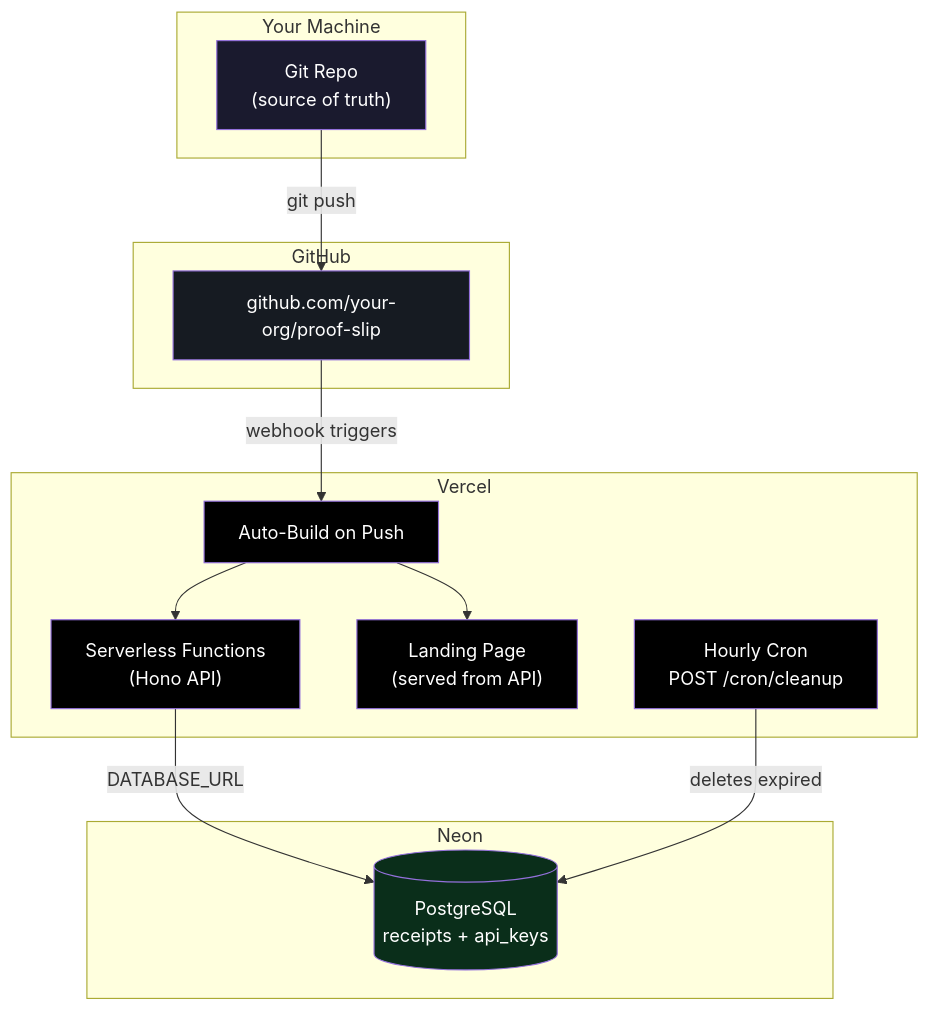
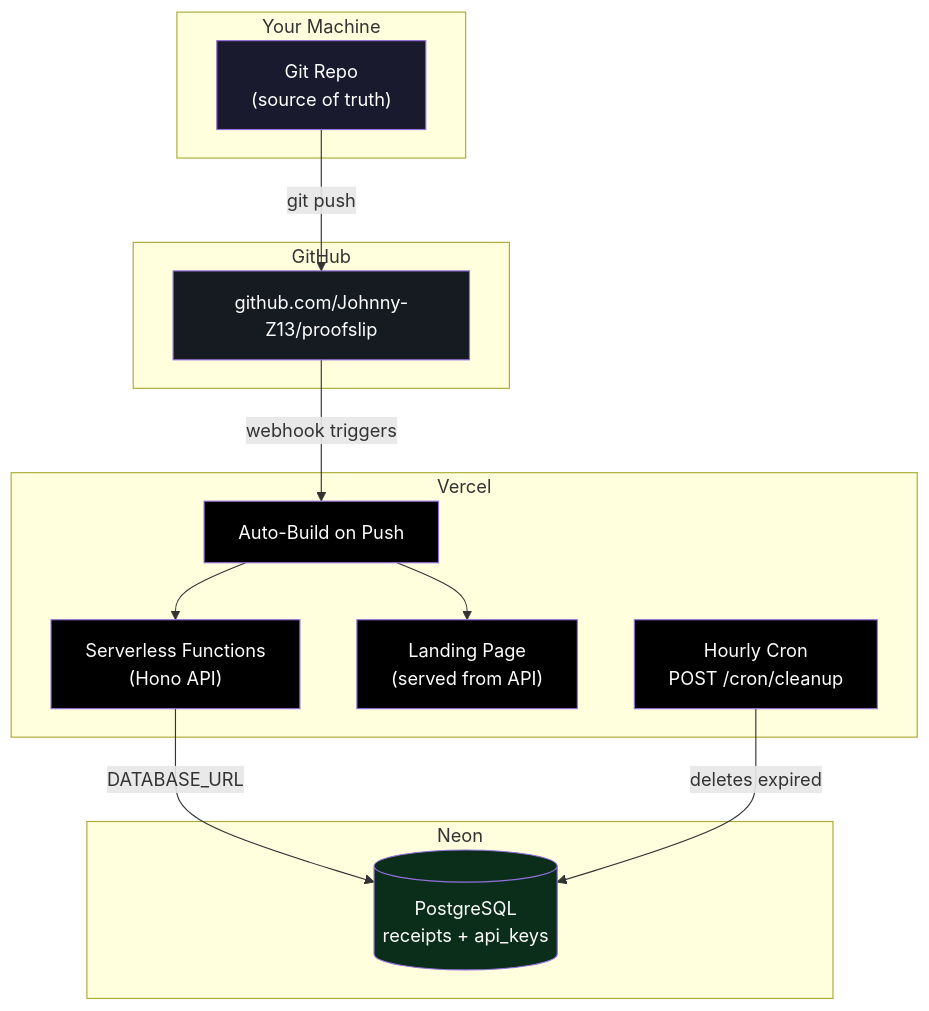
One commit to Johnny-Z13/proofslip changed the first of 2 diagrams in README.md. Above: the diagram before and after it, drawn with Mermaid. The commit also changed other lines of this file and 1 other file, not shown here.

First line of the commit message:
rename repo references from proof-slip to proofslip

````diff
--- a/README.md
+++ b/README.md
@@ -253,36 +253,36 @@
 ```mermaid
 graph TB
     subgraph "Your Machine"
         GIT["Git Repo<br/>(source of truth)"]
     end
 
     subgraph "GitHub"
-        REPO["github.com/your-org/proof-slip"]
+        REPO["github.com/Johnny-Z13/proofslip"]
     end
 
     subgraph "Vercel"
         AUTO["Auto-Build on Push"]
         API["Serverless Functions<br/>(Hono API)"]
         LP["Landing Page<br/>(served from API)"]
         CRON["Hourly Cron<br/>POST /cron/cleanup"]
     end
 
     subgraph "Neon"
         DB[("PostgreSQL<br/>receipts + api_keys")]
     end
 
     GIT -- "git push" --> REPO
     REPO -- "webhook triggers" --> AUTO
     AUTO --> API
     AUTO --> LP
     API -- "DATABASE_URL" --> DB
     CRON -- "deletes expired" --> DB
 
     style GIT fill:#1a1a2e,color:#fff
     style REPO fill:#161b22,color:#fff
     style AUTO fill:#000,color:#fff
     style API fill:#000,color:#fff
     style LP fill:#000,color:#fff
     style CRON fill:#000,color:#fff
     style DB fill:#0a2e1a,color:#fff
 ```
````
